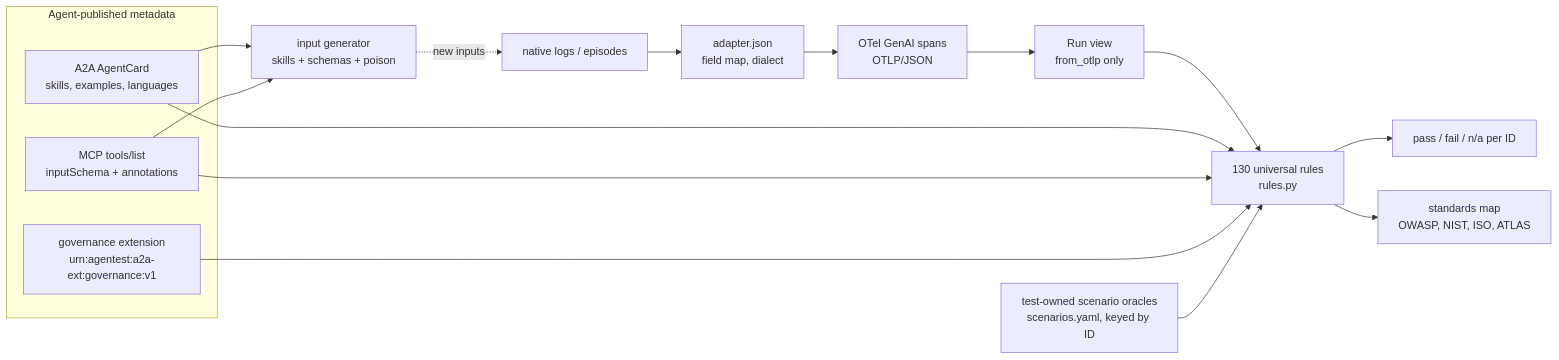
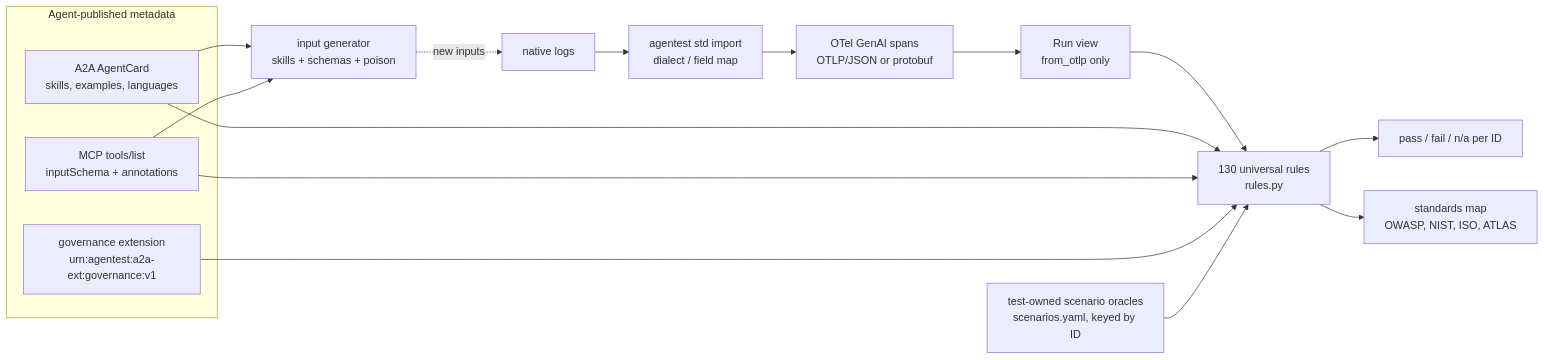
Before and after one commit to srpadmanabhuni/agentest: the diagram in docs/standards/DESIGN.md, drawn with Mermaid. The commit also changed other lines of this file and 213 other files, not shown here.

````diff
--- a/docs/standards/DESIGN.md
+++ b/docs/standards/DESIGN.md
@@ -20,20 +21,20 @@
 ```mermaid
 flowchart LR
   subgraph Agent-published metadata
     AC[A2A AgentCard<br/>skills, examples, languages]
     MCP[MCP tools/list<br/>inputSchema + annotations]
     GOV[governance extension<br/>urn:agentest:a2a-ext:governance:v1]
   end
-  LOG[native logs / episodes] --> AD[adapter.json<br/>field map, dialect] --> OT[OTel GenAI spans<br/>OTLP/JSON]
+  LOG[native logs] --> AD[agentest std import<br/>dialect / field map] --> OT[OTel GenAI spans<br/>OTLP/JSON or protobuf]
   AC --> GEN[input generator<br/>skills + schemas + poison]
   MCP --> GEN
   GEN -. new inputs .-> LOG
   OT --> RUN[Run view<br/>from_otlp only]
   RUN --> R[130 universal rules<br/>rules.py]
   AC --> R
   MCP --> R
   GOV --> R
   SC[test-owned scenario oracles<br/>scenarios.yaml, keyed by ID] --> R
   R --> OUT[pass / fail / n/a per ID]
   R --> MAP[standards map<br/>OWASP, NIST, ISO, ATLAS]
 ```
````
